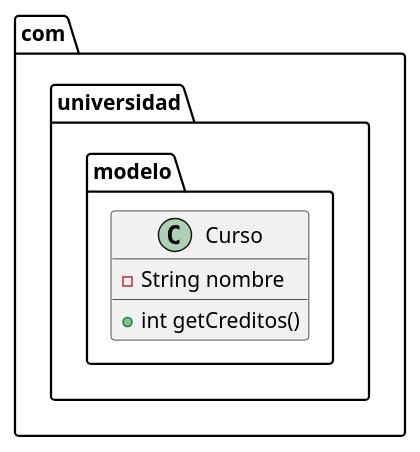
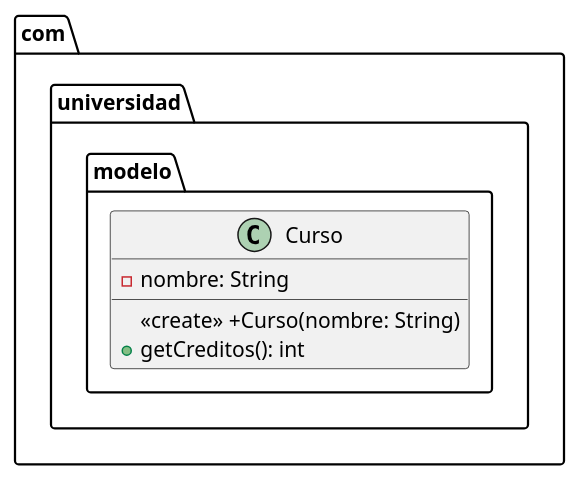
One commit to Pololo06/ProyectParser changed the second of 3 diagrams in docs/flujo-3-fases.md. Above: the diagram before and after it, drawn with PlantUML. The commit also changed other lines of this file and 16 other files, not shown here.

Commit message:
feat: vistas UML 2.5.1 por módulo y regla de redundancia de dependencias (#8)

````diff
--- a/docs/flujo-3-fases.md
+++ b/docs/flujo-3-fases.md
@@ -118,8 +118,9 @@
   ```plantuml
   package "com.universidad.modelo" {
     class Curso {
-      -String nombre
-      +int getCreditos()
+      -nombre: String
+      «create» +Curso(nombre: String)
+      +getCreditos(): int
     }
   }
   ```
````
